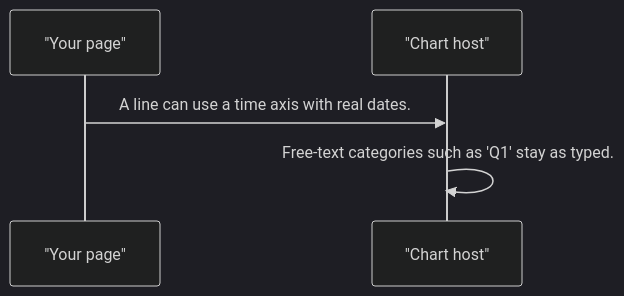
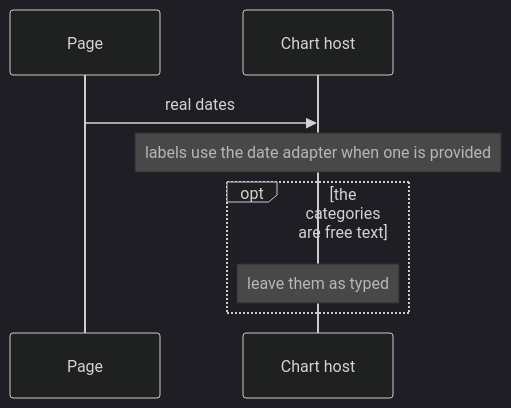
Before and after one commit to RajshekharBorate/pixel-ui: the fourth of 4 diagrams in projects/pixel-ui/src/lib/pixel-chart/DESIGN.md, drawn with Mermaid (dark theme). The commit also changed other lines of this file and 73 other files, not shown here.

Commit message:
Explain who owns each value and what each flow does in every component and service design.

````diff
--- a/projects/pixel-ui/src/lib/pixel-chart/DESIGN.md
+++ b/projects/pixel-ui/src/lib/pixel-chart/DESIGN.md
@@ -71,7 +94,10 @@
 ```mermaid
 sequenceDiagram
-  participant page as "Your page"
-  participant host as "Chart host"
-  page->>host: A line can use a time axis with real dates.
-  host->>host: Free-text categories such as 'Q1' stay as typed.
+  participant Page
+  participant Host as Chart host
+  Page->>Host: real dates
+  Note over Host: labels use the date adapter when one is provided
+  opt the categories are free text
+    Note over Host: leave them as typed
+  end
 ```
````
